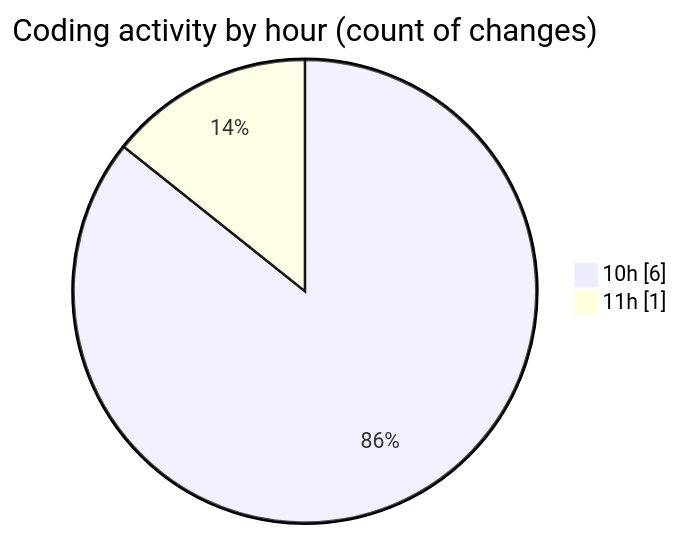
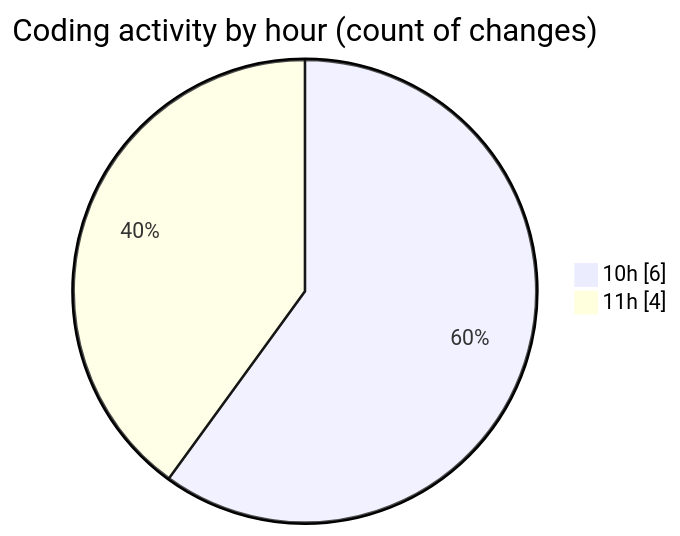
Before and after one commit to nxtqubesakshisongat/code-tracking: the second of 2 diagrams in 2025-05-05/nxtqube_webapp/README.md, drawn with Mermaid. The commit also changed other lines of this file and 1 other file, not shown here.

````diff
--- a/2025-05-05/nxtqube_webapp/README.md
+++ b/2025-05-05/nxtqube_webapp/README.md
@@ -28,6 +28,6 @@
 ```mermaid
 pie showData
 title Coding activity by hour (count of changes)
 "10h" : 6
-"11h" : 1
+"11h" : 4
 ```
````
